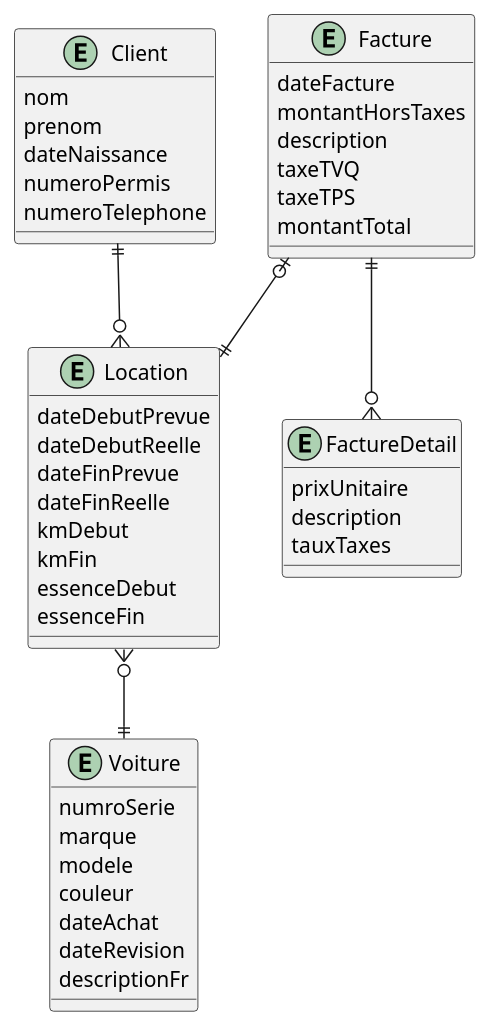
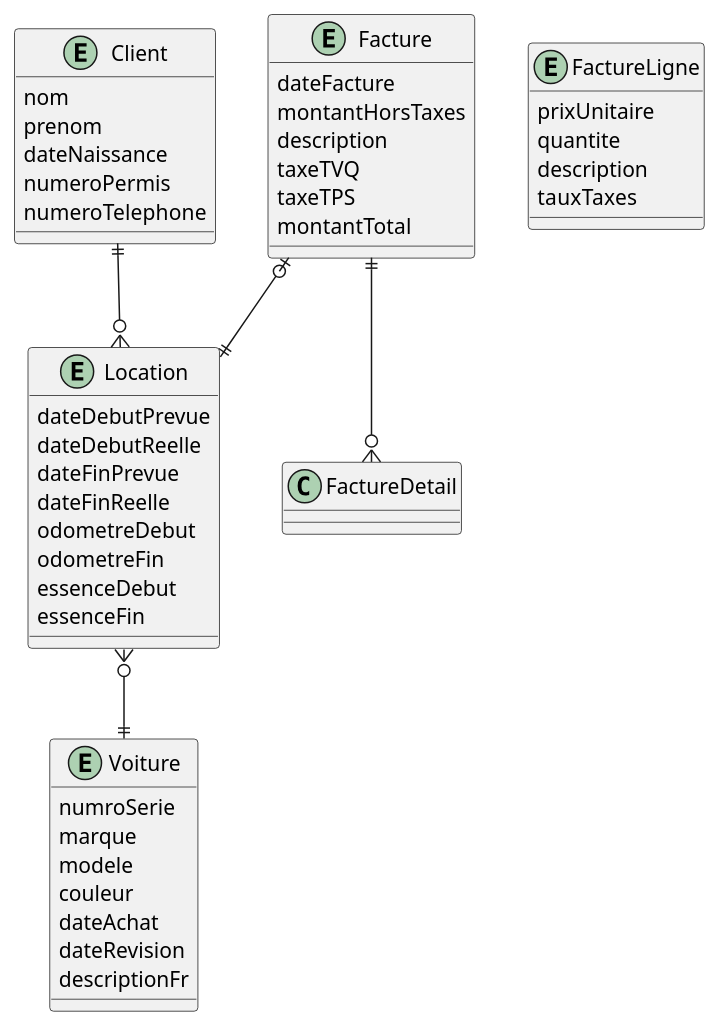
Before and after one commit to rparadiscsfoy/420-W34-SF-TP02: the diagram in ERD/car_reservation.wsd, drawn with PlantUML. The commit also changed 2 other files, not shown here.

```diff
--- a/ERD/car_reservation.wsd
+++ b/ERD/car_reservation.wsd
@@ -1,52 +1,53 @@
 @startuml erd_car_reservation_logique
 
 entity Voiture {
     numroSerie
     marque
     modele
     couleur
     dateAchat
     dateRevision
     descriptionFr
 }
 
 entity Location {
     dateDebutPrevue
     dateDebutReelle
     dateFinPrevue
     dateFinReelle
-    kmDebut
-    kmFin
+    odometreDebut
+    odometreFin
     essenceDebut
     essenceFin
 }
 
 entity Client {
     nom
     prenom
     dateNaissance
     numeroPermis
     numeroTelephone
 }
 
 entity Facture {
     dateFacture
     montantHorsTaxes
     description
     taxeTVQ
     taxeTPS
     montantTotal
 }
 
-entity FactureDetail {
+entity FactureLigne {
     prixUnitaire
+    quantite
     description
     tauxTaxes
 }
 
 Client ||--o{ Location
 Location }o--|| Voiture
 Facture |o--|| Location
 Facture ||--o{ FactureDetail
 
 @enduml
```
